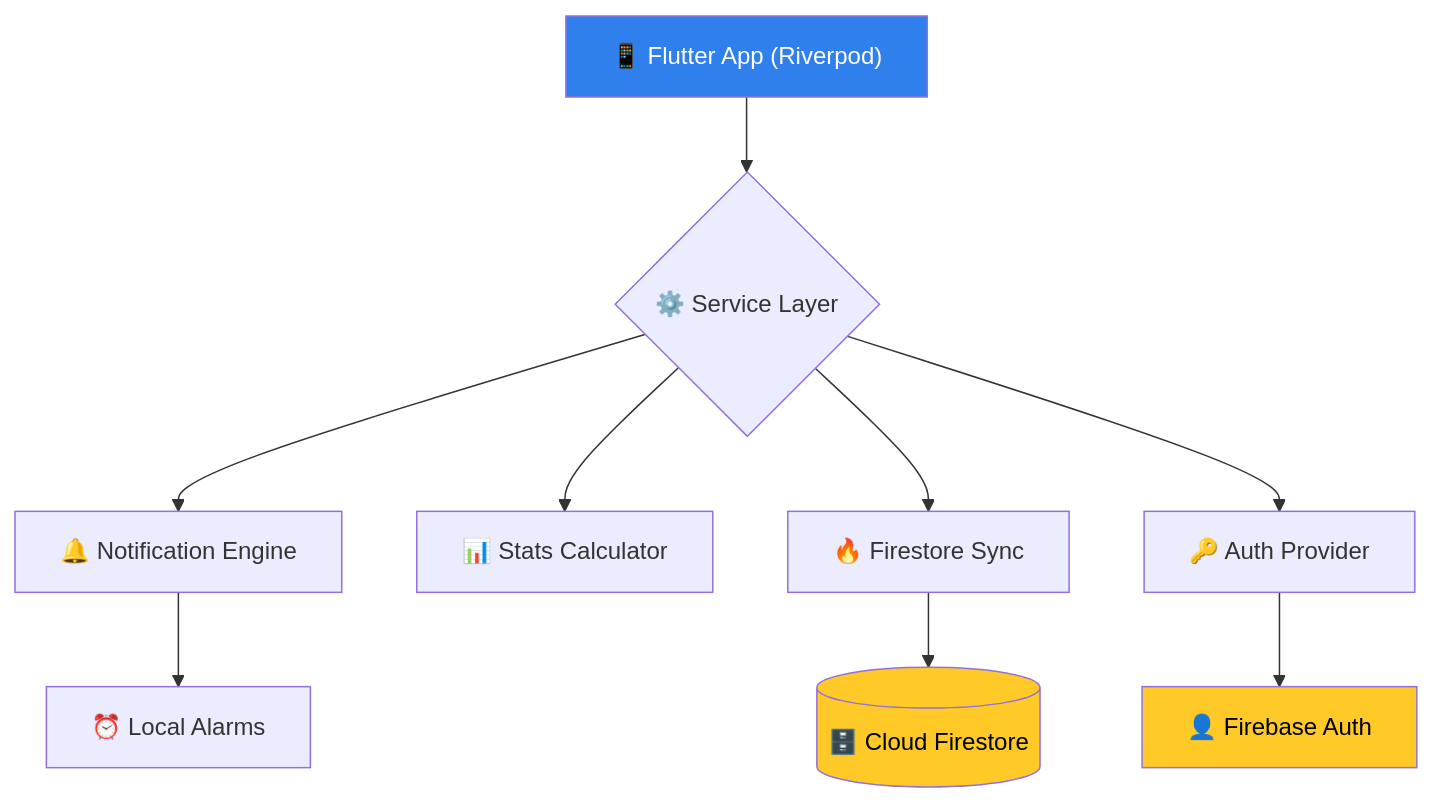
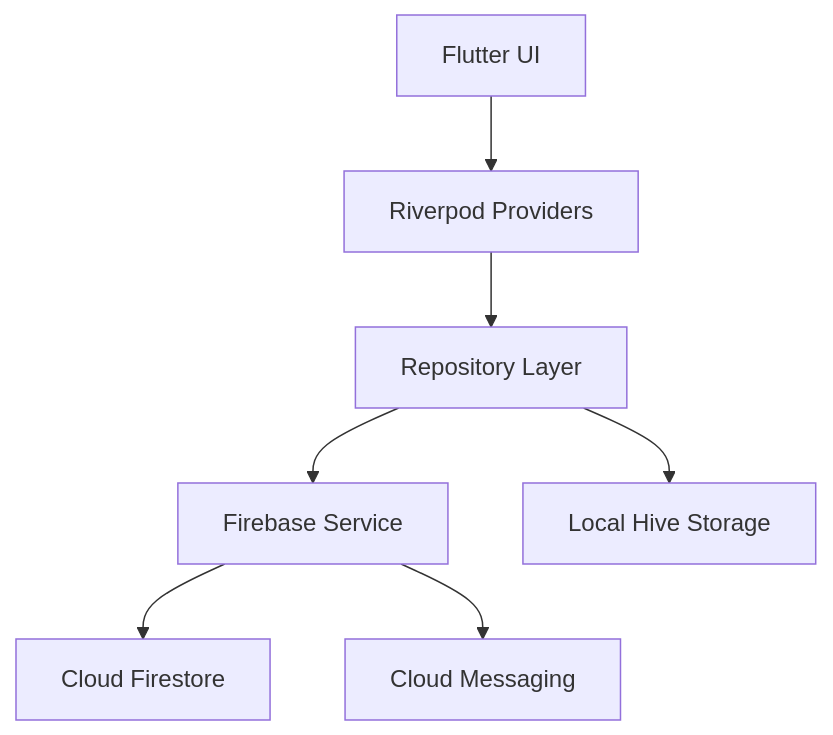
Before and after one commit to bryankwandou/hydraflow-water-reminder: the diagram in README.md, drawn with Mermaid. The commit also changed other lines of this file and 15 other files, not shown here.

````diff
--- a/README.md
+++ b/README.md
@@ -41,16 +57,9 @@
 ```mermaid
 graph TD
-    A["📱 Flutter App (Riverpod)"] --> B{"⚙️ Service Layer"}
-    B --> C["🔔 Notification Engine"]
-    B --> D["📊 Stats Calculator"]
-    B --> E["🔥 Firestore Sync"]
-    B --> F["🔑 Auth Provider"]
-    
-    E --> G[("🗄️ Cloud Firestore")]
-    F --> H["👤 Firebase Auth"]
-    C --> I["⏰ Local Alarms"]
-    
-    style A fill:#2F80ED,color:#fff
-    style G fill:#FFCA28,color:#000
-    style H fill:#FFCA28,color:#000
+    A[Flutter UI] --> B[Riverpod Providers]
+    B --> C[Repository Layer]
+    C --> D[Firebase Service]
+    C --> E[Local Hive Storage]
+    D --> F[Cloud Firestore]
+    D --> G[Cloud Messaging]
 ```
````
